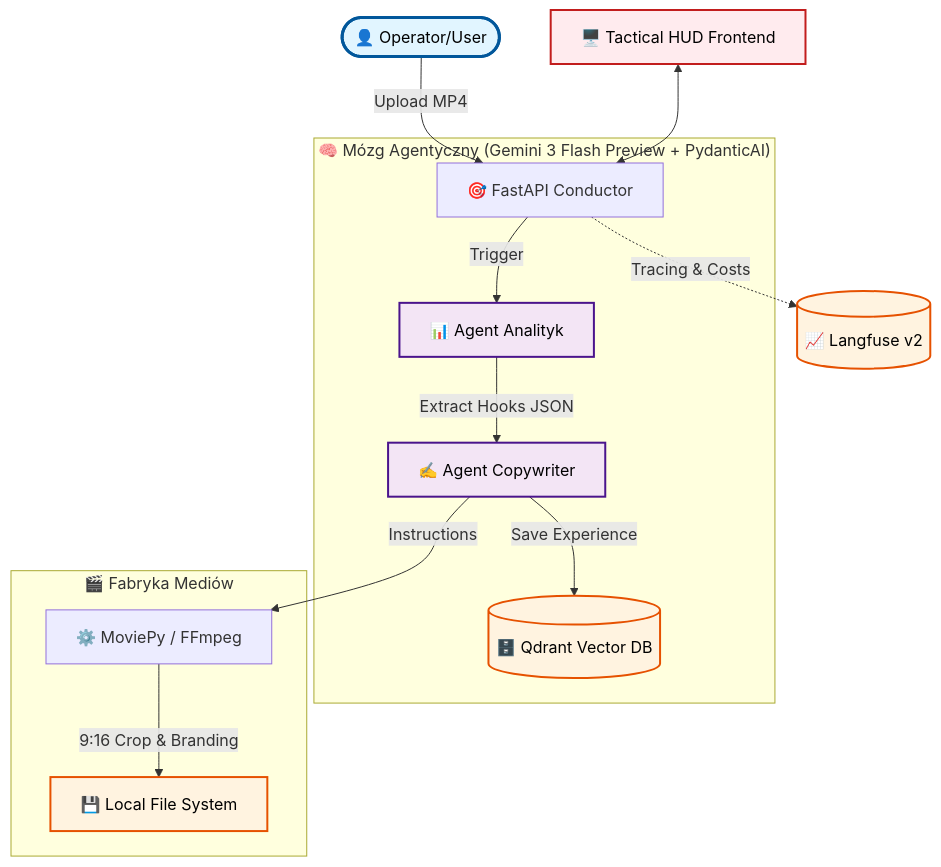
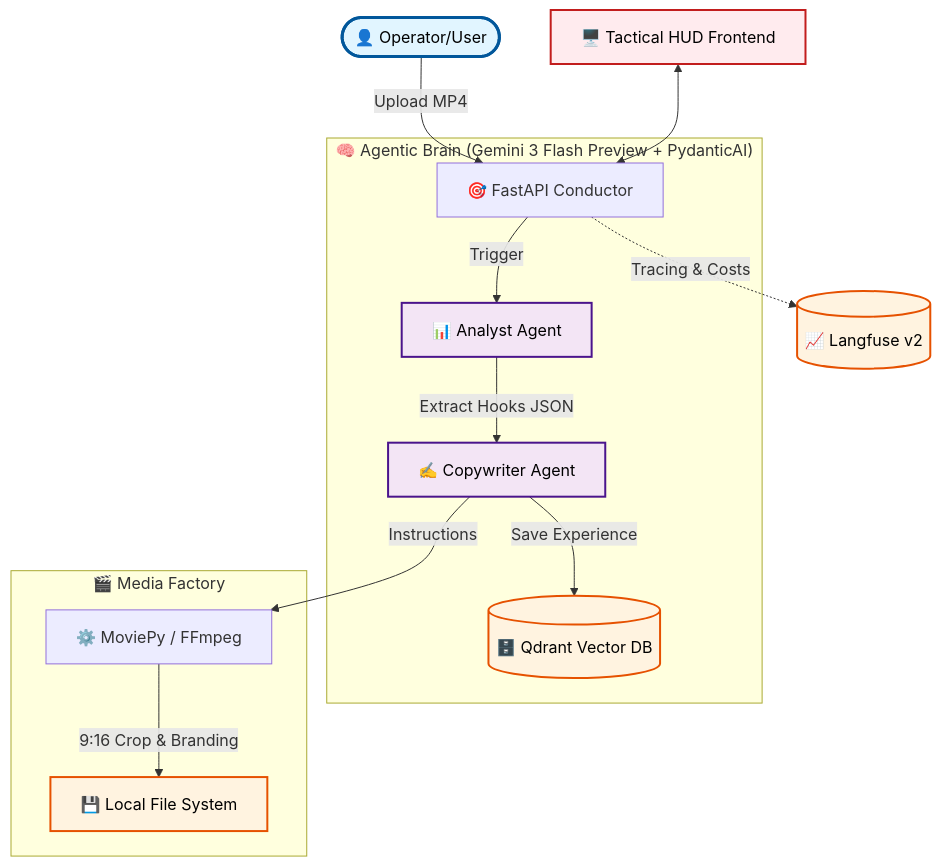
Before and after one commit to takzen/omni-operator-v1: the diagram in README.md, drawn with Mermaid. The commit also changed other lines of this file and 2 other files, not shown here.

````diff
--- a/README.md
+++ b/README.md
@@ -70,28 +70,28 @@
 ```mermaid
 graph TD
     User([👤 Operator/User]) -->|Upload MP4| API[🎯 FastAPI Conductor]
     UI[🖥️ Tactical HUD Frontend] <--> API
 
-    subgraph Brain["🧠 Mózg Agentyczny (Gemini 3 Flash Preview + PydanticAI)"]
-        API -->|Trigger| Analyst[📊 Agent Analityk]
-        Analyst -->|Extract Hooks JSON| Copywriter[✍️ Agent Copywriter]
+    subgraph Brain["🧠 Agentic Brain (Gemini 3 Flash Preview + PydanticAI)"]
+        API -->|Trigger| Analyst[📊 Analyst Agent]
+        Analyst -->|Extract Hooks JSON| Copywriter[✍️ Copywriter Agent]
         Copywriter -->|Save Experience| Memory[(🗄️ Qdrant Vector DB)]
     end
 
-    subgraph Factory["🎬 Fabryka Mediów"]
+    subgraph Factory["🎬 Media Factory"]
         Copywriter -->|Instructions| VideoEngine[⚙️ MoviePy / FFmpeg]
         VideoEngine -->|9:16 Crop & Branding| Storage[💾 Local File System]
     end
 
     API -.->|Tracing & Costs| Langfuse[(📈 Langfuse v2)]
 
     classDef userNode fill:#e1f5ff,stroke:#01579b,stroke-width:3px,color:#000
     classDef uiNode fill:#ffebee,stroke:#c21d1d,stroke-width:2px,color:#000
     classDef agentNode fill:#f3e5f5,stroke:#4a148c,stroke-width:2px,color:#000
     classDef storageNode fill:#fff3e0,stroke:#e65100,stroke-width:2px,color:#000
 
     class User userNode
     class UI uiNode
     class Analyst,Copywriter agentNode
     class Memory,Storage,Langfuse storageNode
 ```
````
